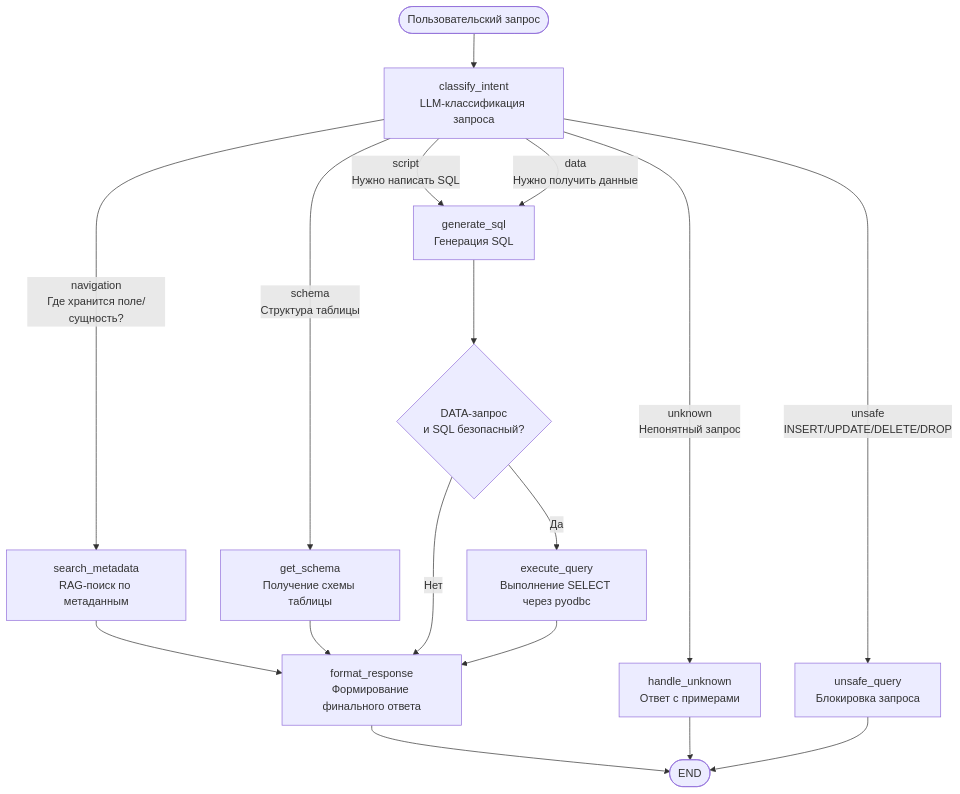
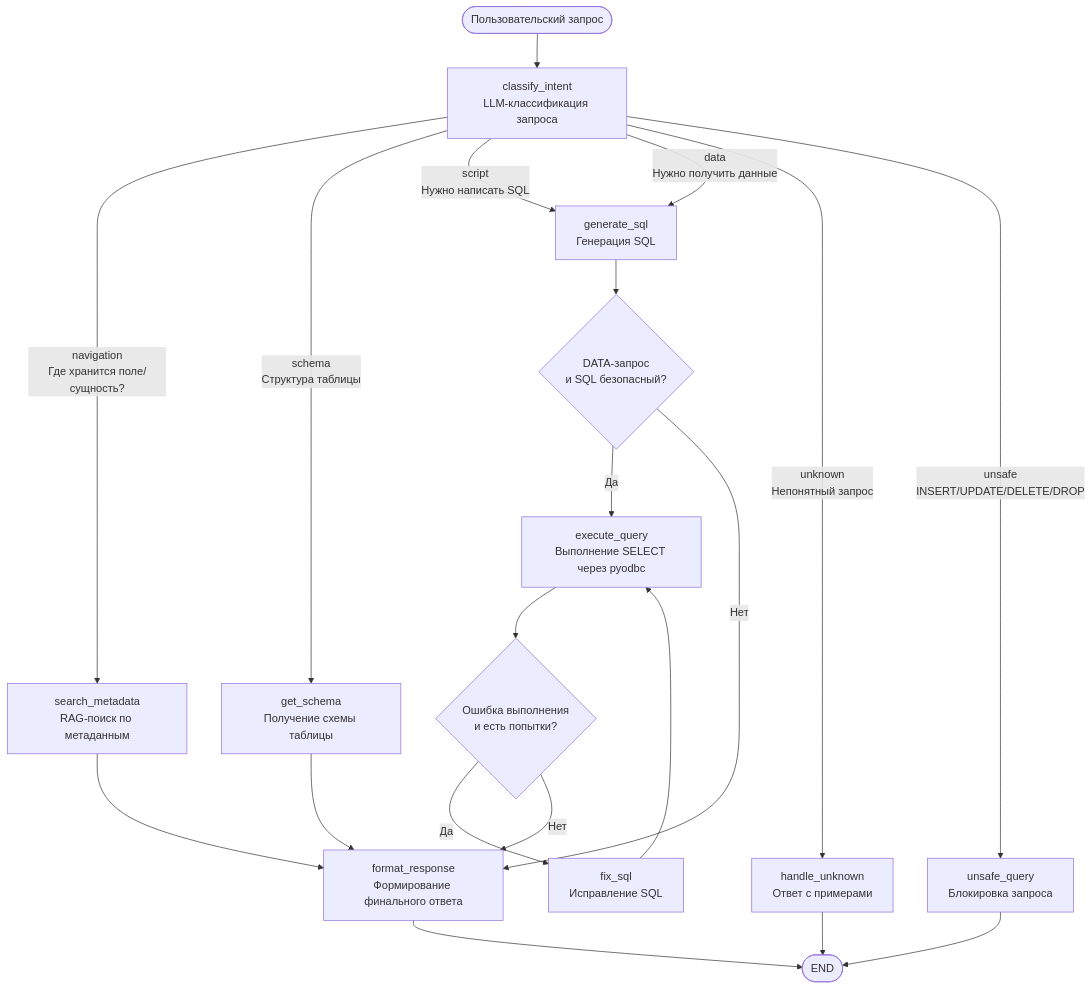
Before and after one commit to LeaReys/DB-Navigator-Agent: the diagram in README.md, drawn with Mermaid. The commit also changed other lines of this file and 1 other file, not shown here.

Commit message:
Добавлено исправление SQL после ошибки выполнения в README.md и обновлен пример конфигурации .env для LangFuse.

````diff
--- a/README.md
+++ b/README.md
@@ -68,25 +69,28 @@
 ```mermaid
 flowchart TD
     START([Пользовательский запрос]) --> A[classify_intent<br/>LLM-классификация запроса]
  
     A -->|navigation<br/>Где хранится поле/сущность?| B[search_metadata<br/>RAG-поиск по метаданным]
     A -->|schema<br/>Структура таблицы| C[get_schema<br/>Получение схемы таблицы]
     A -->|script<br/>Нужно написать SQL| D[generate_sql<br/>Генерация SQL]
     A -->|data<br/>Нужно получить данные| D
     A -->|unknown<br/>Непонятный запрос| H[handle_unknown<br/>Ответ с примерами]
     A -->|unsafe<br/>INSERT/UPDATE/DELETE/DROP| U[unsafe_query<br/>Блокировка запроса]
  
     B --> F[format_response<br/>Формирование финального ответа]
     C --> F
  
     D --> R{DATA-запрос<br/>и SQL безопасный?}
  
     R -->|Да| E[execute_query<br/>Выполнение SELECT через pyodbc]
     R -->|Нет| F
  
-    E --> F
+    E --> G{Ошибка выполнения<br/>и есть попытки?}
+    G -->|Да| X[fix_sql<br/>Исправление SQL]
+    G -->|Нет| F
+    X --> E
  
     F --> END([END])
     H --> END
     U --> END
 ```
````
